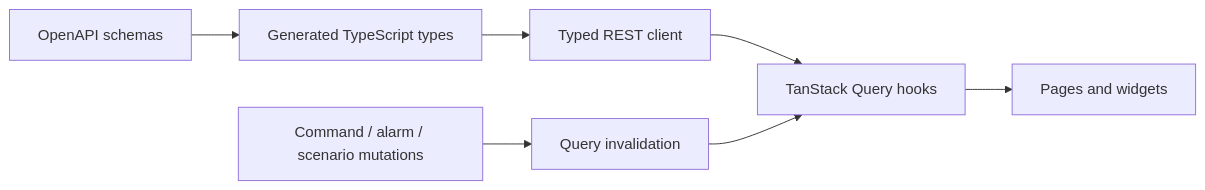
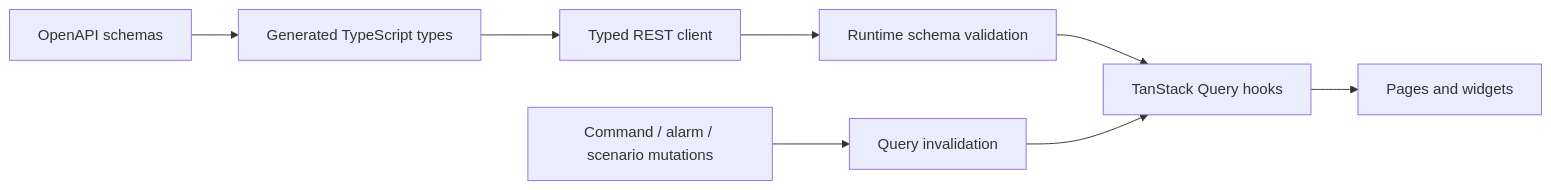
The third of 6 diagrams in docs/architecture.md (dimbo1324/smr-digital-twin-platform-r), drawn with Mermaid before and after one commit. The commit also changed other lines of this file and 27 other files, not shown here.

Commit message:
feat: add runtime api validation

````diff
--- a/docs/architecture.md
+++ b/docs/architecture.md
@@ -37,9 +37,10 @@
 ```mermaid
 flowchart LR
     Schemas["OpenAPI schemas"] --> Generated["Generated TypeScript types"]
     Generated --> HTTP["Typed REST client"]
-    HTTP --> Hooks["TanStack Query hooks"]
+    HTTP --> Validation["Runtime schema validation"]
+    Validation --> Hooks["TanStack Query hooks"]
     Hooks --> UI["Pages and widgets"]
     Mutations["Command / alarm / scenario mutations"] --> Invalidations["Query invalidation"]
     Invalidations --> Hooks
 ```
````
